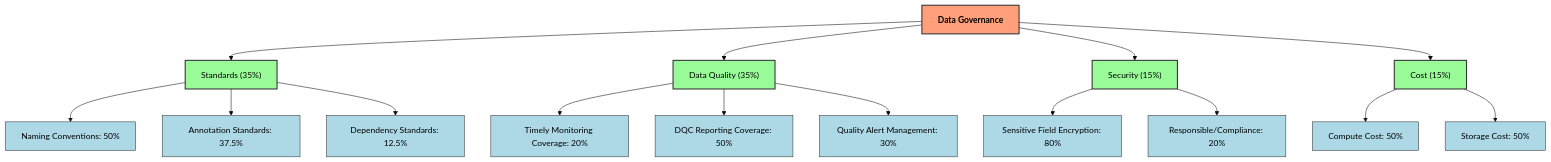
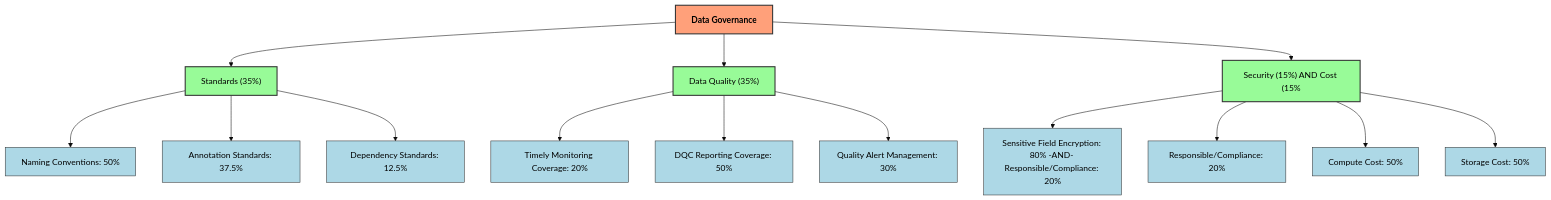
Before and after one commit to blaire101/data-warehouse-solutions: the first of 3 diagrams in README.md, drawn with Mermaid (base theme).

````diff
--- a/README.md
+++ b/README.md
@@ -19,31 +19,29 @@
 ```mermaid
 flowchart TB
   %% Style definitions using Shopee palette
   classDef topNode fill:#FFA07A,stroke:#333,stroke-width:2px,color:#000000,font-weight:bold;
   classDef mainCategory fill:#98FB98,stroke:#333,stroke-width:2px,color:#000000;
   classDef subCategory fill:#ADD8E6,stroke:#333,stroke-width:1px,color:#000000;
 
   %% Top node
   DG["Data Governance"]:::topNode
 
   %% Main branches aligned horizontally under DG
   DG --> S["Standards (35%)"]:::mainCategory
   DG --> DQ["Data Quality (35%)"]:::mainCategory
-  DG --> SE["Security (15%)"]:::mainCategory
-  DG --> C["Cost (15%)"]:::mainCategory
+  DG --> SC["Security (15%) AND Cost (15%"]:::mainCategory
 
   %% Sub-items for each branch
   S --> NS["Naming Conventions: 50%"]:::subCategory
   S --> CS["Annotation Standards: 37.5%"]:::subCategory
   S --> DS["Dependency Standards: 12.5%"]:::subCategory
 
   DQ --> RM["Timely Monitoring Coverage: 20%"]:::subCategory
   DQ --> DQC["DQC Reporting Coverage: 50%"]:::subCategory
   DQ --> QAM["Quality Alert Management: 30%"]:::subCategory
 
-  SE --> SFP["Sensitive Field Encryption: 80%"]:::subCategory
-  SE --> RPC["Responsible/Compliance: 20%"]:::subCategory
-
-  C --> CC["Compute Cost: 50%"]:::subCategory
-  C --> SC["Storage Cost: 50%"]:::subCategory
+  SC --> SFP["Sensitive Field Encryption: 80% -AND- Responsible/Compliance: 20%"]:::subCategory
+  SC --> RPC["Responsible/Compliance: 20%"]:::subCategory
+  SC --> CC["Compute Cost: 50%"]:::subCategory
+  SC --> STC["Storage Cost: 50%"]:::subCategory
 ```
````
